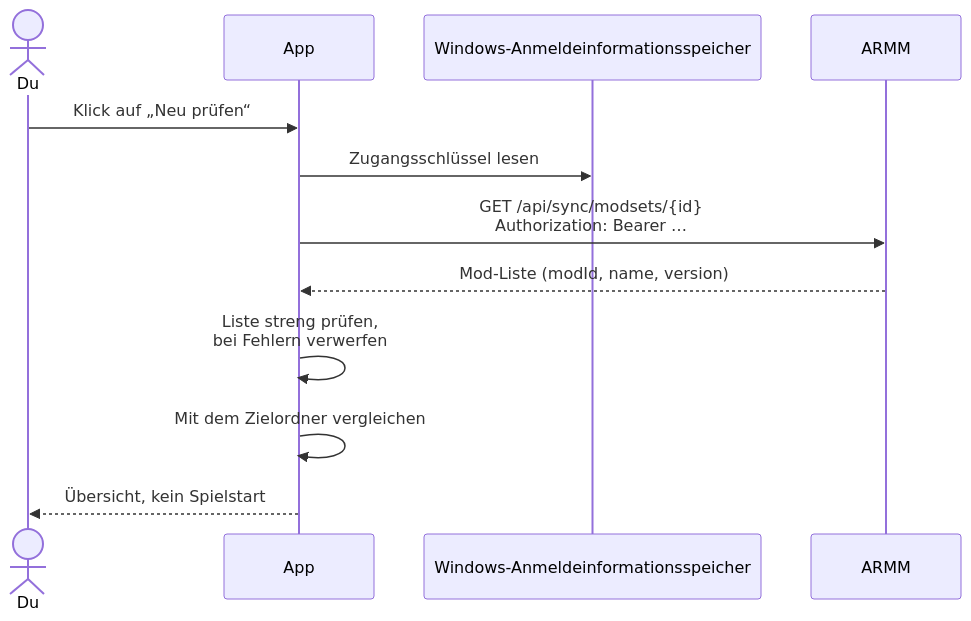
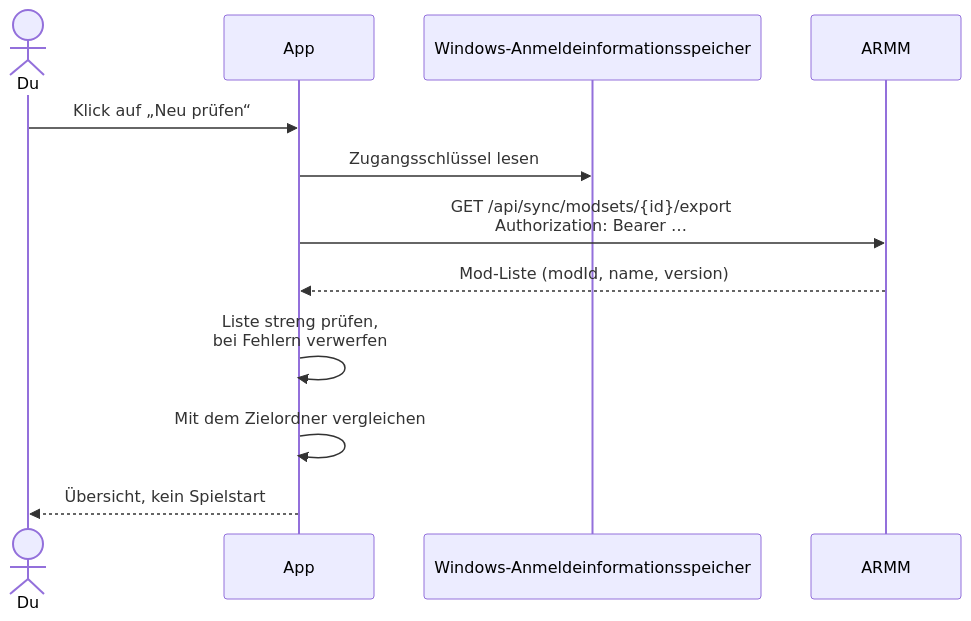
One commit to morok101st/Arma-Reforger-Local-Manager changed the second of 4 diagrams in README.md. Above: the diagram before and after it, drawn with Mermaid. The commit also changed other lines of this file and 4 other files, not shown here.

Commit message:
ARMM: Abrufpfad wie in ARMM vereinbart (/api/sync/modsets/{id}/export)

````diff
--- a/README.md
+++ b/README.md
@@ -193,15 +193,15 @@
 ```mermaid
 sequenceDiagram
     actor N as Du
     participant A as App
     participant W as Windows-Anmeldeinformationsspeicher
     participant R as ARMM
 
     N->>A: Klick auf „Neu prüfen“
     A->>W: Zugangsschlüssel lesen
-    A->>R: GET /api/sync/modsets/{id}<br/>Authorization: Bearer …
+    A->>R: GET /api/sync/modsets/{id}/export<br/>Authorization: Bearer …
     R-->>A: Mod-Liste (modId, name, version)
     A->>A: Liste streng prüfen,<br/>bei Fehlern verwerfen
     A->>A: Mit dem Zielordner vergleichen
     A-->>N: Übersicht, kein Spielstart
 ```
````
